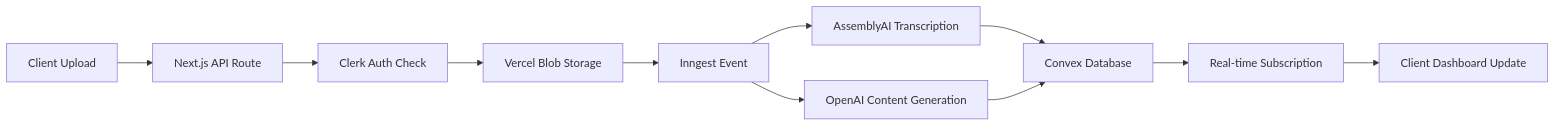
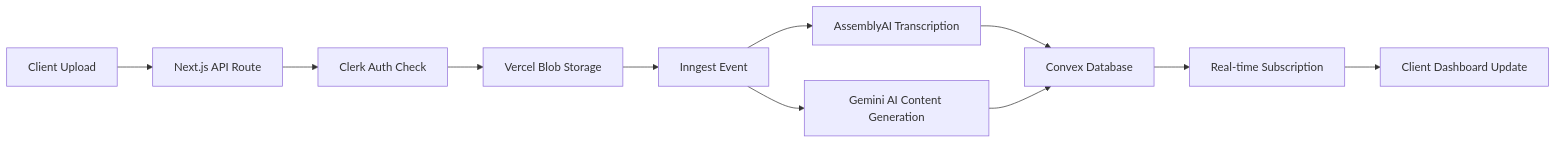
The third of 3 diagrams in README.md (rohanwani10/PodSens-AI-Podcast-Post-Production-Platform), drawn with Mermaid before and after one commit. The commit also changed other lines of this file, not shown here.

Commit message:
docs: update README to reflect Gemini AI Content Generation

````diff
--- a/README.md
+++ b/README.md
@@ -147,13 +147,13 @@
 ```mermaid
 flowchart LR
     A[Client Upload] --> B[Next.js API Route]
     B --> C[Clerk Auth Check]
     C --> D[Vercel Blob Storage]
     D --> E[Inngest Event]
     E --> F[AssemblyAI Transcription]
-    E --> G[OpenAI Content Generation]
+    E --> G[Gemini AI Content Generation]
     F --> H[Convex Database]
     G --> H
     H --> I[Real-time Subscription]
     I --> J[Client Dashboard Update]
 ```
````
